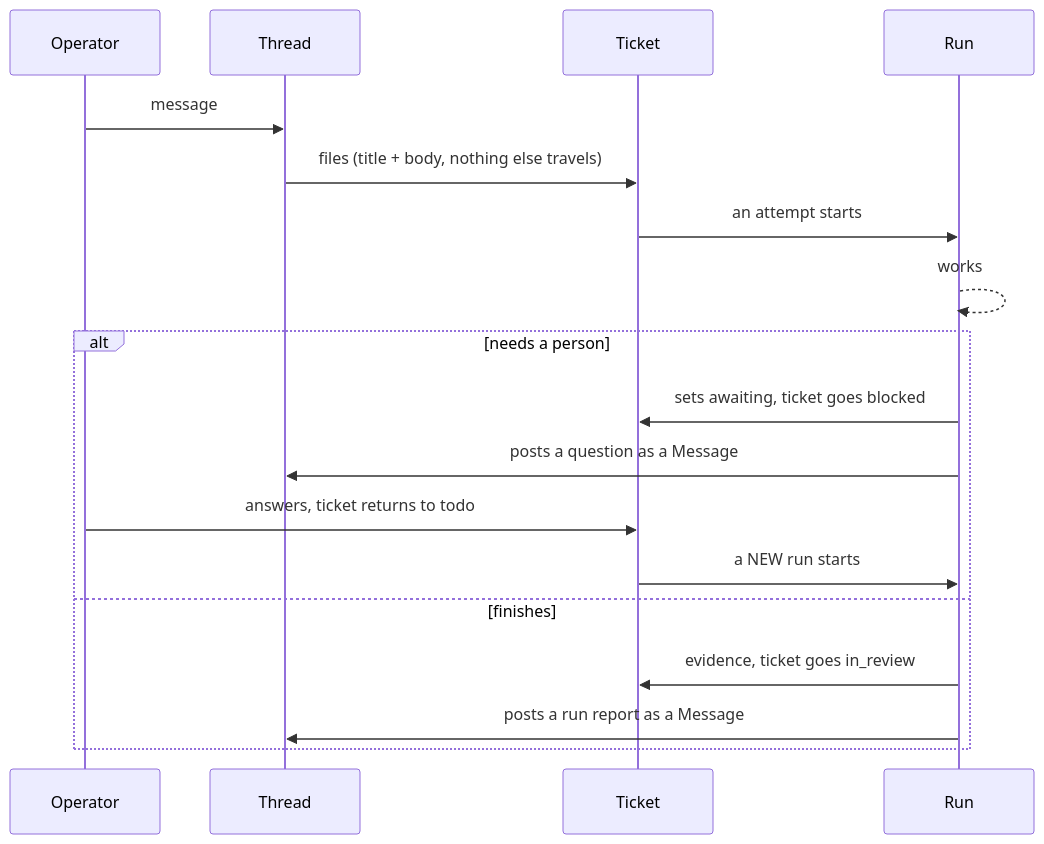
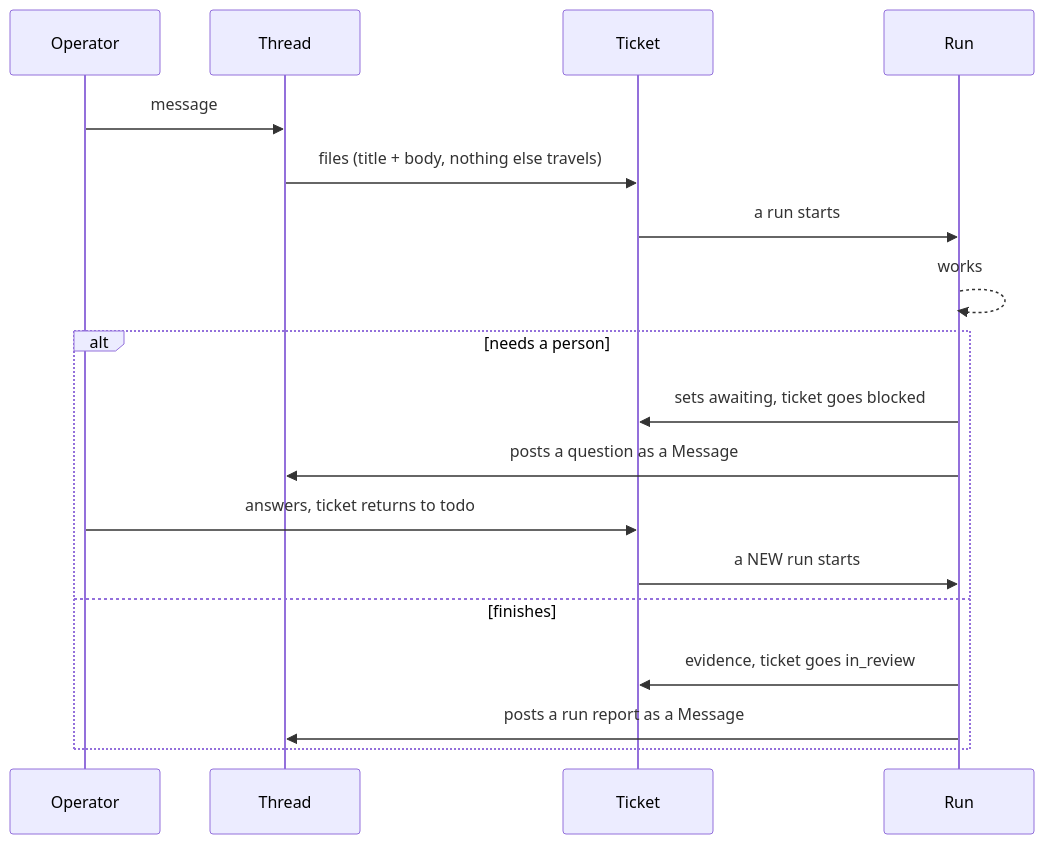
One commit to BenMiriello/Workshop changed the fifth of 9 diagrams in docs/platform-redesign/entity-schema-2026-08-27.md. Above: the diagram before and after it, drawn with Mermaid. The commit also changed other lines of this file and 1 other file, not shown here.

First line of the commit message:
docs(model): audit the schema, and correct two claims I got wrong

````diff
--- a/docs/platform-redesign/entity-schema-2026-08-27.md
+++ b/docs/platform-redesign/entity-schema-2026-08-27.md
@@ -131,21 +202,21 @@
 ```mermaid
 sequenceDiagram
   participant P as Operator
   participant T as Thread
   participant K as Ticket
   participant R as Run
 
   P->>T: message
   T->>K: files (title + body, nothing else travels)
-  K->>R: an attempt starts
+  K->>R: a run starts
   R-->>R: works
   alt needs a person
     R->>K: sets awaiting, ticket goes blocked
     R->>T: posts a question as a Message
     P->>K: answers, ticket returns to todo
     K->>R: a NEW run starts
   else finishes
     R->>K: evidence, ticket goes in_review
     R->>T: posts a run report as a Message
   end
 ```
````
